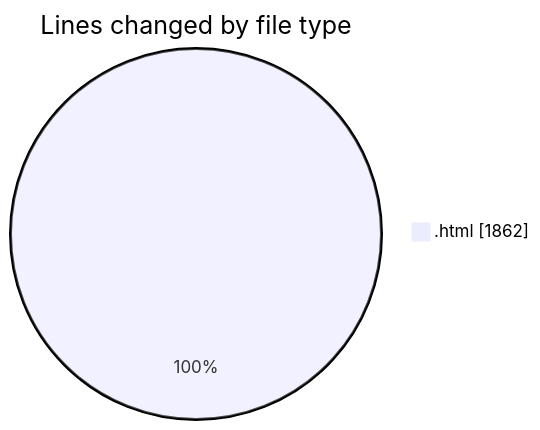
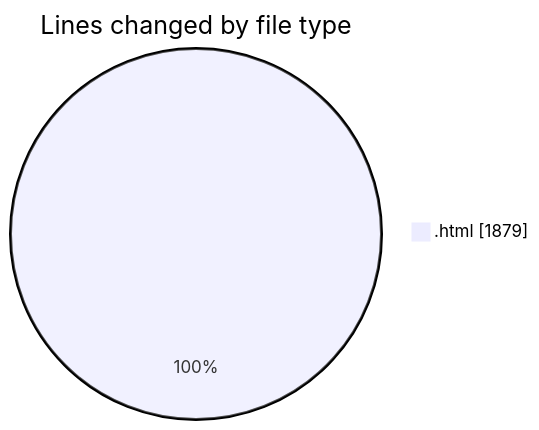
The first of 2 diagrams in 2025-06-27/horizon/README.md (vahidmafi/code-tracking), drawn with Mermaid before and after one commit. The commit also changed other lines of this file and 1 other file, not shown here.

````diff
--- a/2025-06-27/horizon/README.md
+++ b/2025-06-27/horizon/README.md
@@ -21,5 +21,5 @@
 ```mermaid
 pie showData
 title Lines changed by file type
-".html" : 1862
+".html" : 1879
 ```
````
